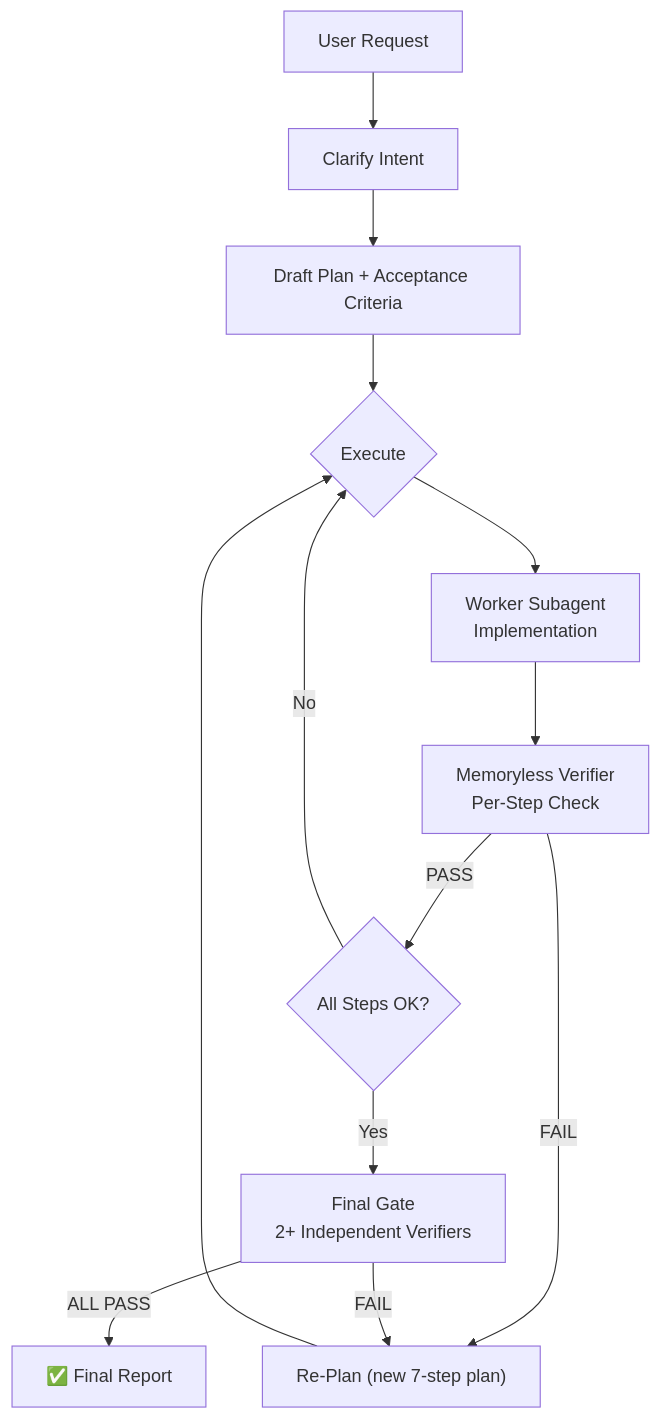
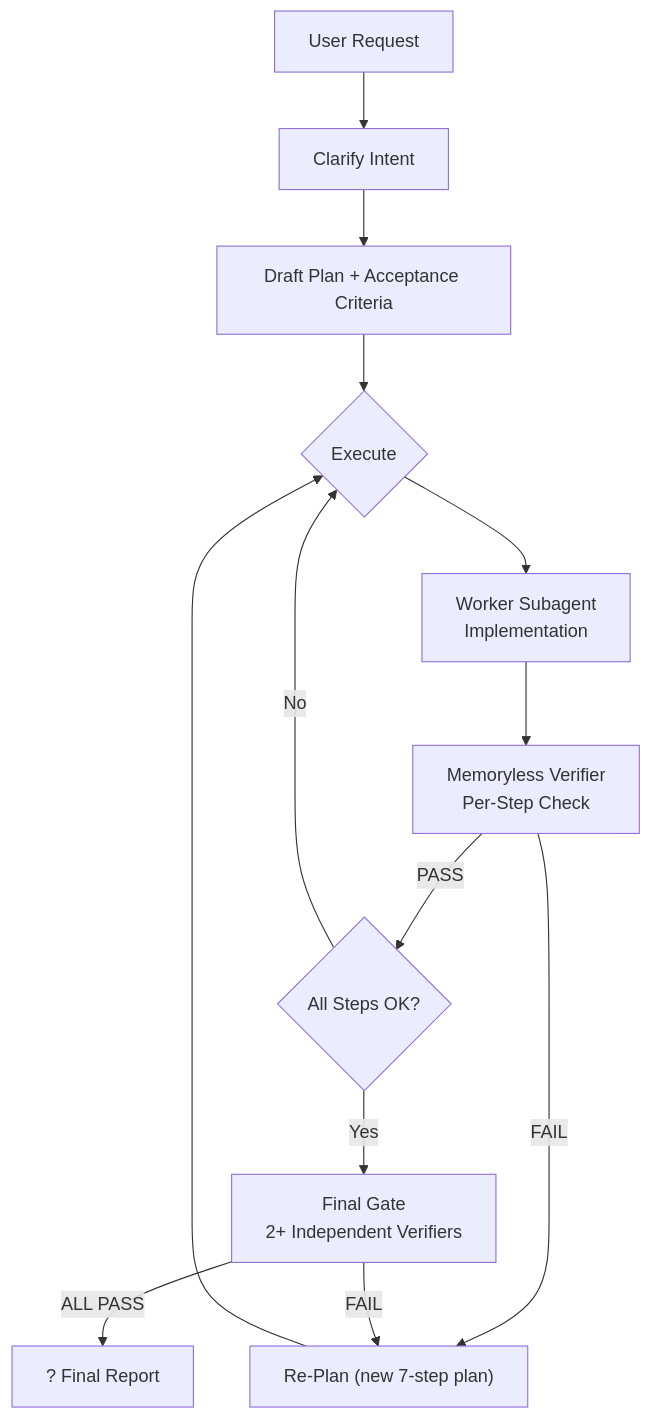
One commit to bauerelizabeth07139/plan-guardian-skill changed the diagram in README.md. Above: the diagram before and after it, drawn with Mermaid. The commit also changed other lines of this file and 1 other file, not shown here.

````diff
--- a/README.md
+++ b/README.md
@@ -35,14 +35,14 @@
 ```mermaid
 flowchart TD
     A[User Request] --> B[Clarify Intent]
     B --> C[Draft Plan + Acceptance Criteria]
     C --> D{Execute}
     D --> E[Worker Subagent<br/>Implementation]
     E --> F[Memoryless Verifier<br/>Per-Step Check]
     F -->|PASS| G{All Steps OK?}
     F -->|FAIL| H["Re-Plan (new 7-step plan)"] --> D
     G -->|Yes| I[Final Gate<br/>2+ Independent Verifiers]
     G -->|No| D
-    I -->|ALL PASS| J[✅ Final Report]
+    I -->|ALL PASS| J[? Final Report]
     I -->|FAIL| H
 ```
````
